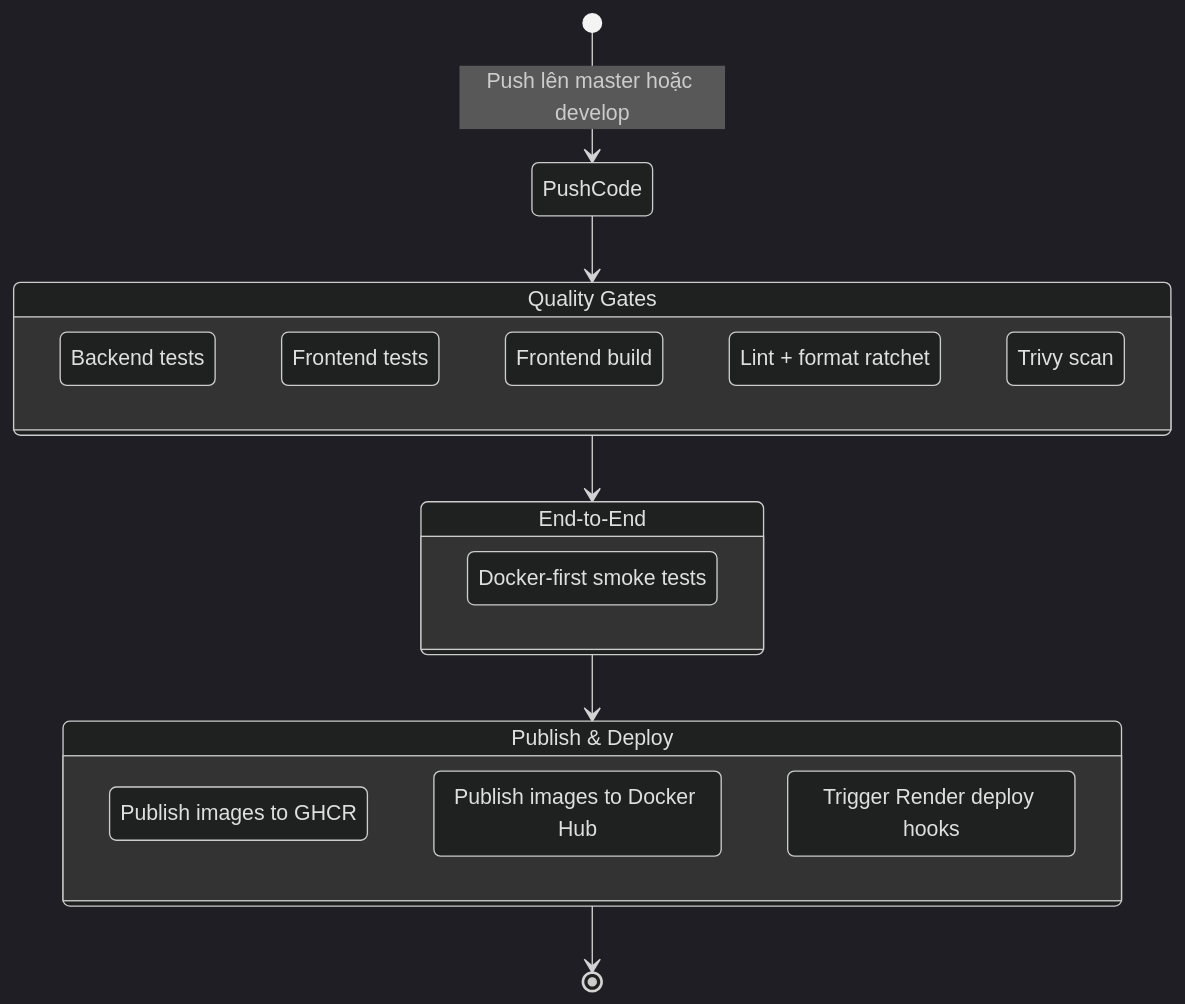
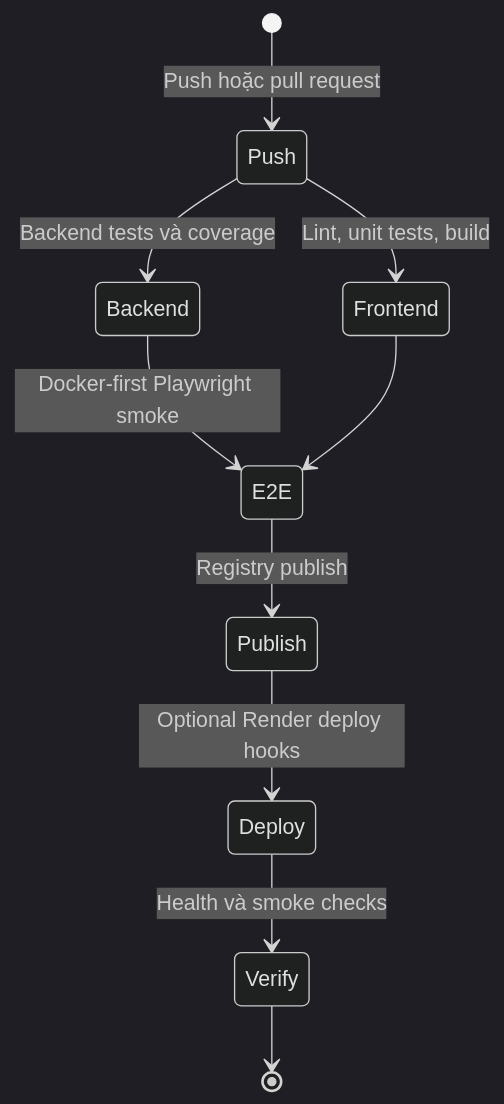
Before and after one commit to JasonTM17/Ecommerce_BookStore: the second of 2 diagrams in docs/architecture-and-cicd-vn.md, drawn with Mermaid (dark theme). The commit also changed other lines of this file and 12 other files, not shown here.

````diff
--- a/docs/architecture-and-cicd-vn.md
+++ b/docs/architecture-and-cicd-vn.md
@@ -60,29 +49,12 @@
 ```mermaid
 stateDiagram-v2
-    [*] --> PushCode: Push lên master hoặc develop
-
-    state "Quality Gates" as Gates {
-        BackendTest: Backend tests
-        FrontendTest: Frontend tests
-        FrontendBuild: Frontend build
-        CodeQuality: Lint + format ratchet
-        SecurityScan: Trivy scan
-    }
-
-    PushCode --> Gates
-    Gates --> E2E
-
-    state "End-to-End" as E2E {
-        Playwright: Docker-first smoke tests
-    }
-
-    E2E --> Publish
-
-    state "Publish & Deploy" as Publish {
-        GHCR: Publish images to GHCR
-        DockerHub: Publish images to Docker Hub
-        Render: Trigger Render deploy hooks
-    }
-
-    Publish --> [*]
+    [*] --> Push: Push hoặc pull request
+    Push --> Backend: Backend tests và coverage
+    Push --> Frontend: Lint, unit tests, build
+    Backend --> E2E: Docker-first Playwright smoke
+    Frontend --> E2E
+    E2E --> Publish: Registry publish
+    Publish --> Deploy: Optional Render deploy hooks
+    Deploy --> Verify: Health và smoke checks
+    Verify --> [*]
 ```
````
